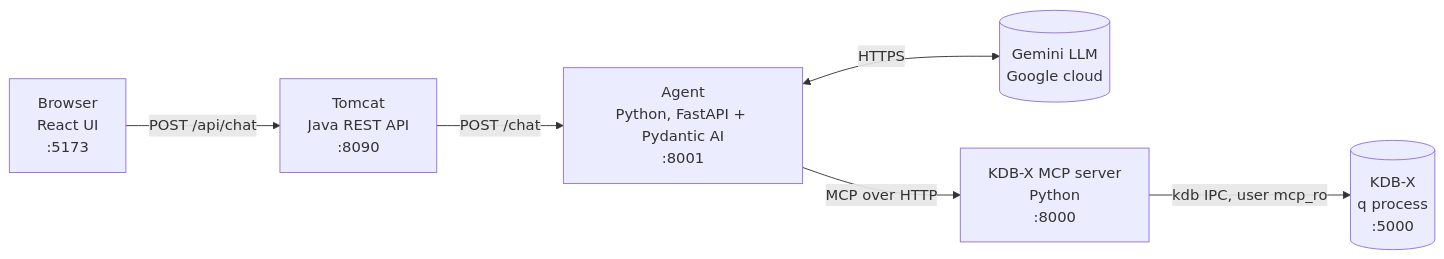
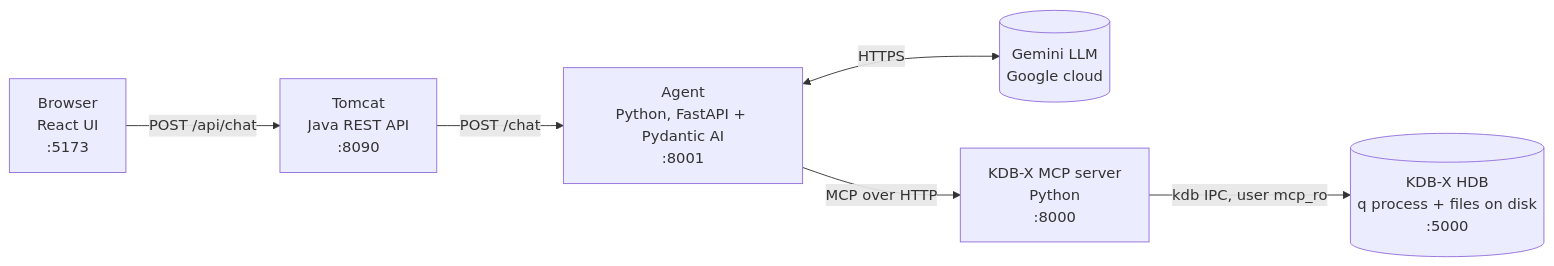
Before and after one commit to ronozh/kdb-ai-chat: the first of 2 diagrams in doc/01-architecture.md, drawn with Mermaid. The commit also changed other lines of this file and 13 other files, not shown here.

````diff
--- a/doc/01-architecture.md
+++ b/doc/01-architecture.md
@@ -11,8 +11,8 @@
 ```mermaid
 flowchart LR
     U[Browser<br/>React UI<br/>:5173] -->|POST /api/chat| T[Tomcat<br/>Java REST API<br/>:8090]
     T -->|POST /chat| A[Agent<br/>Python, FastAPI + Pydantic AI<br/>:8001]
     A <-->|HTTPS| G[(Gemini LLM<br/>Google cloud)]
     A -->|MCP over HTTP| M[KDB-X MCP server<br/>Python<br/>:8000]
-    M -->|kdb IPC, user mcp_ro| K[(KDB-X<br/>q process<br/>:5000)]
+    M -->|kdb IPC, user mcp_ro| K[(KDB-X HDB<br/>q process + files on disk<br/>:5000)]
 ```
````
